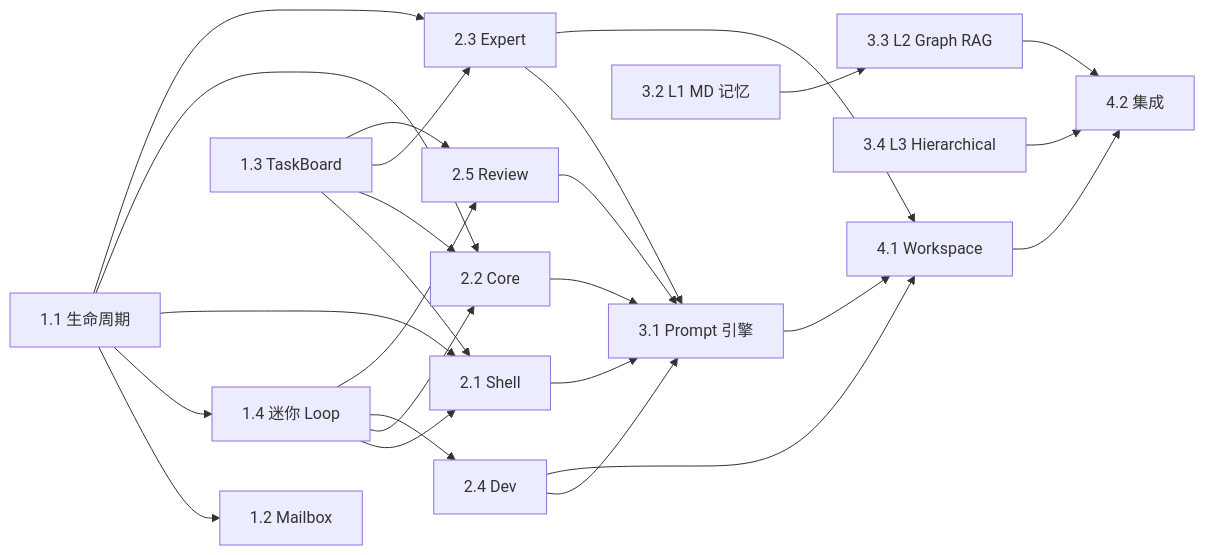
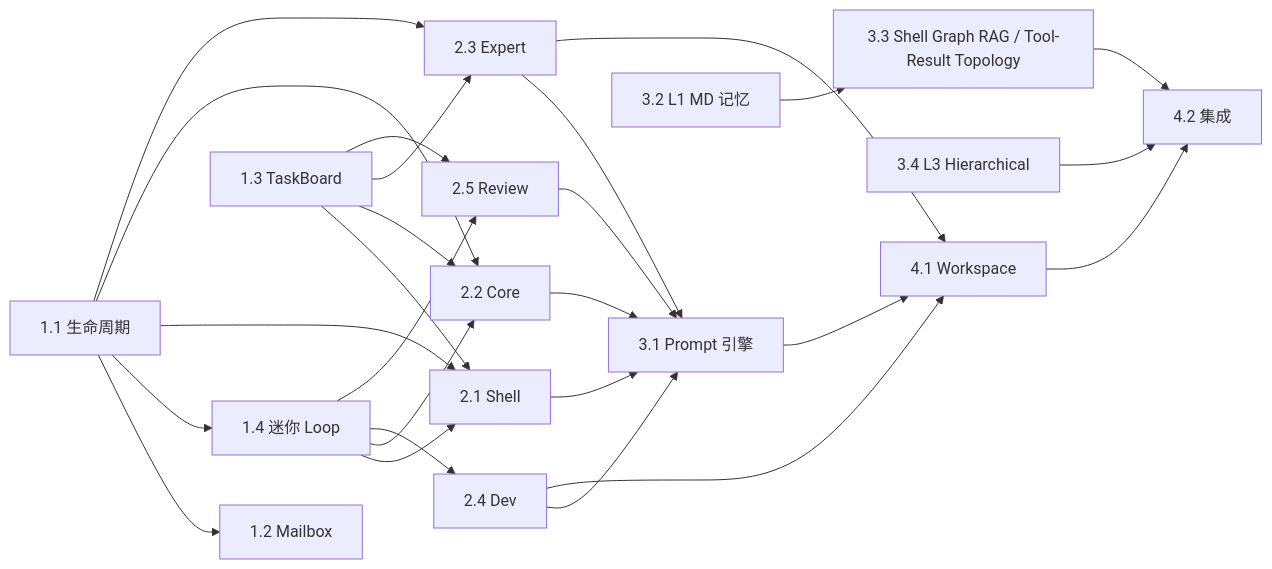
The diagram in doc/task/26-ws30-multi-agent-implementation-tasks.md (Yidhar/Embla_System), drawn with Mermaid before and after one commit. The commit also changed other lines of this file and 64 other files, not shown here.

Commit message:
docs(repo): refresh Embla architecture and handoff notes

````diff
--- a/doc/task/26-ws30-multi-agent-implementation-tasks.md
+++ b/doc/task/26-ws30-multi-agent-implementation-tasks.md
@@ -219,20 +220,20 @@
 ```mermaid
 graph LR
     P1_1["1.1 生命周期"] --> P1_2["1.2 Mailbox"]
     P1_1 --> P1_4["1.4 迷你 Loop"]
     P1_3["1.3 TaskBoard"]
 
     P1_1 & P1_3 & P1_4 --> P2_1["2.1 Shell"]
     P1_1 & P1_3 & P1_4 --> P2_2["2.2 Core"]
     P1_1 & P1_3 --> P2_3["2.3 Expert"]
     P1_4 --> P2_4["2.4 Dev"]
     P1_3 & P1_4 --> P2_5["2.5 Review"]
 
     P2_1 & P2_2 & P2_3 & P2_4 & P2_5 --> P3_1["3.1 Prompt 引擎"]
     P3_2["3.2 L1 MD 记忆"]
-    P3_2 --> P3_3["3.3 L2 Graph RAG"]
+    P3_2 --> P3_3["3.3 Shell Graph RAG / Tool-Result Topology"]
     P3_4["3.4 L3 Hierarchical"]
 
     P2_3 & P2_4 & P3_1 --> P4_1["4.1 Workspace"]
     P4_1 & P3_3 & P3_4 --> P4_2["4.2 集成"]
 ```
````
